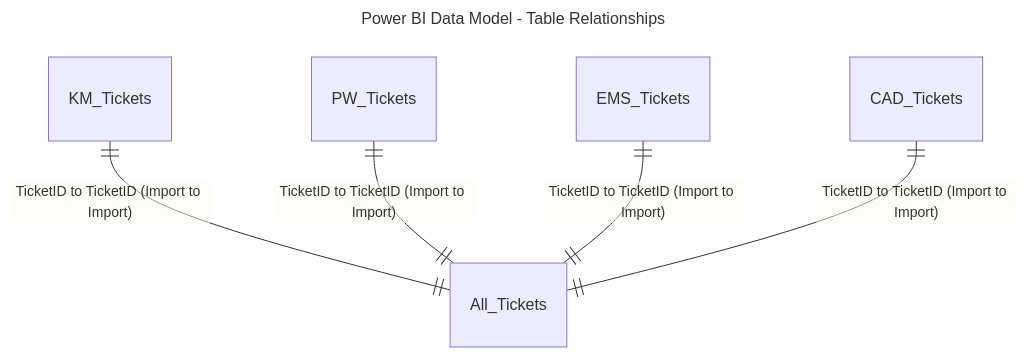
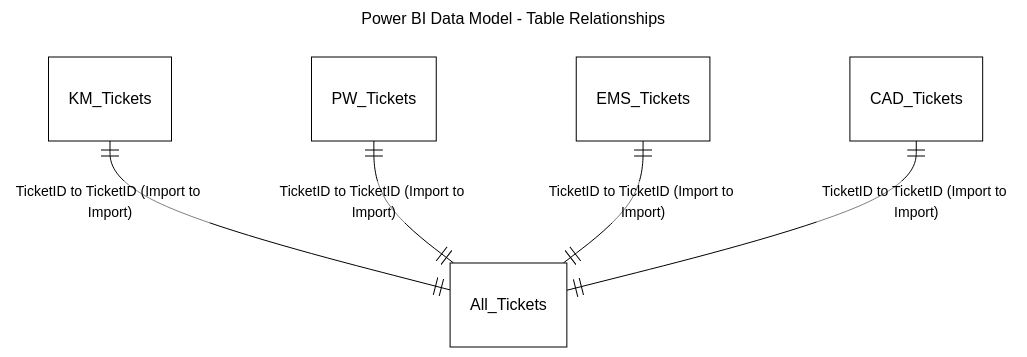
Before and after one commit to MVR-GIS/PBIX-Documentation-Generator: the diagram in ExampleOutput/Model_Diagram.md, drawn with Mermaid. The commit also changed 2 other files, not shown here.

Commit message:
changed default font color to improve readibility

````diff
--- a/ExampleOutput/Model_Diagram.md
+++ b/ExampleOutput/Model_Diagram.md
@@ -3,10 +3,11 @@
 ```mermaid
 ---
 title: Power BI Data Model - Table Relationships
 ---
+%%{init: {'theme':'base', 'themeVariables': { 'primaryColor':'#fff','primaryTextColor':'#000','primaryBorderColor':'#000','lineColor':'#000','secondaryColor':'#f4f4f4','tertiaryColor':'#fff','background':'#ffffff','mainBkg':'#ffffff','textColor':'#000000','labelTextColor':'#000000'}}}%%
 erDiagram
     KM_Tickets ||--|| All_Tickets : "TicketID to TicketID (Import to Import)"
     PW_Tickets ||--|| All_Tickets : "TicketID to TicketID (Import to Import)"
     EMS_Tickets ||--|| All_Tickets : "TicketID to TicketID (Import to Import)"
     CAD_Tickets ||--|| All_Tickets : "TicketID to TicketID (Import to Import)"
 ```
````
